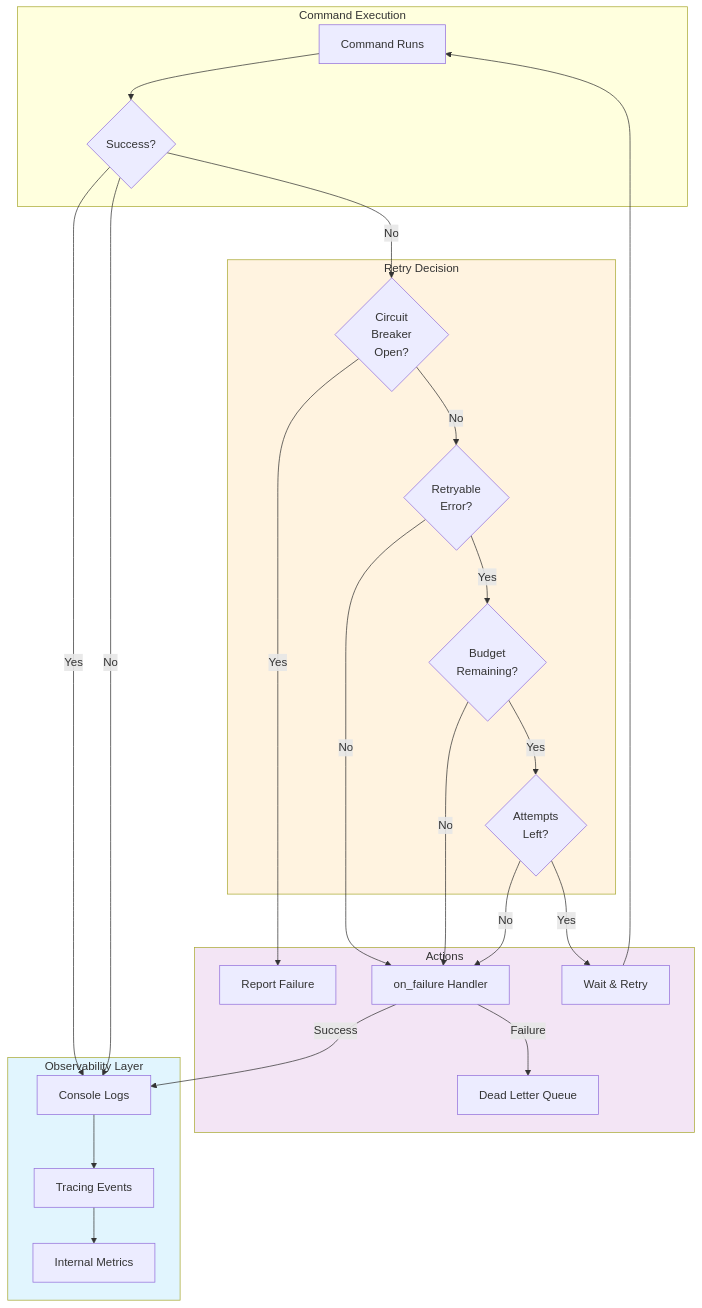
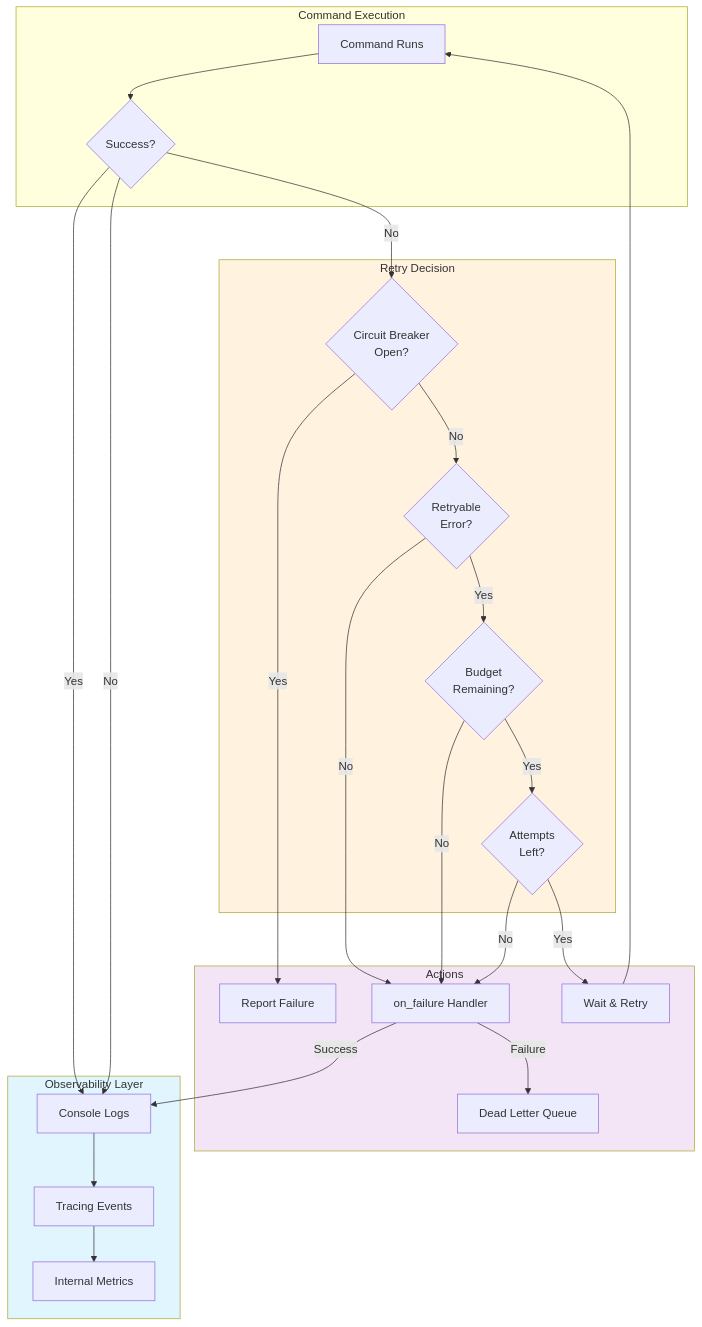
Before and after one commit to iepathos/prodigy: the first of 3 diagrams in docs/retry-configuration/retry-metrics-and-observability.md, drawn with Mermaid.

Commit message:
docs: fix mermaid diagram labels in retry metrics page
Replace HTML <br/> tags with proper Mermaid multi-line label
syntax using quoted strings with actual newlines. This follows
best practices for Mermaid diagram readability.

Page: docs/retry-configuration/retry-metrics-and-observability.md

````diff
--- a/docs/retry-configuration/retry-metrics-and-observability.md
+++ b/docs/retry-configuration/retry-metrics-and-observability.md
@@ -15,51 +15,55 @@
 ```mermaid
 flowchart TB
     subgraph Execution["Command Execution"]
         CMD[Command Runs]
         RESULT{Success?}
     end
 
     subgraph Observability["Observability Layer"]
         CONSOLE[Console Logs]
         TRACE[Tracing Events]
         METRICS[Internal Metrics]
     end
 
     subgraph Decision["Retry Decision"]
-        CHECK_CB{Circuit<br/>Breaker<br/>Open?}
-        CHECK_BUDGET{Budget<br/>Remaining?}
-        CHECK_ATTEMPTS{Attempts<br/>Left?}
-        CHECK_ERROR{Retryable<br/>Error?}
+        CHECK_CB{"Circuit Breaker
+        Open?"}
+        CHECK_BUDGET{"Budget
+        Remaining?"}
+        CHECK_ATTEMPTS{"Attempts
+        Left?"}
+        CHECK_ERROR{"Retryable
+        Error?"}
     end
 
     subgraph Actions["Actions"]
         RETRY[Wait & Retry]
         FAIL[Report Failure]
         HANDLER[on_failure Handler]
         DLQ[Dead Letter Queue]
     end
 
     CMD --> RESULT
     RESULT -->|Yes| CONSOLE
     RESULT -->|No| CONSOLE
     CONSOLE --> TRACE
     TRACE --> METRICS
 
     RESULT -->|No| CHECK_CB
     CHECK_CB -->|Yes| FAIL
     CHECK_CB -->|No| CHECK_ERROR
     CHECK_ERROR -->|No| HANDLER
     CHECK_ERROR -->|Yes| CHECK_BUDGET
     CHECK_BUDGET -->|No| HANDLER
     CHECK_BUDGET -->|Yes| CHECK_ATTEMPTS
     CHECK_ATTEMPTS -->|No| HANDLER
     CHECK_ATTEMPTS -->|Yes| RETRY
     RETRY --> CMD
 
     HANDLER -->|Success| CONSOLE
     HANDLER -->|Failure| DLQ
 
     style Observability fill:#e1f5fe
     style Decision fill:#fff3e0
     style Actions fill:#f3e5f5
 ```
````
